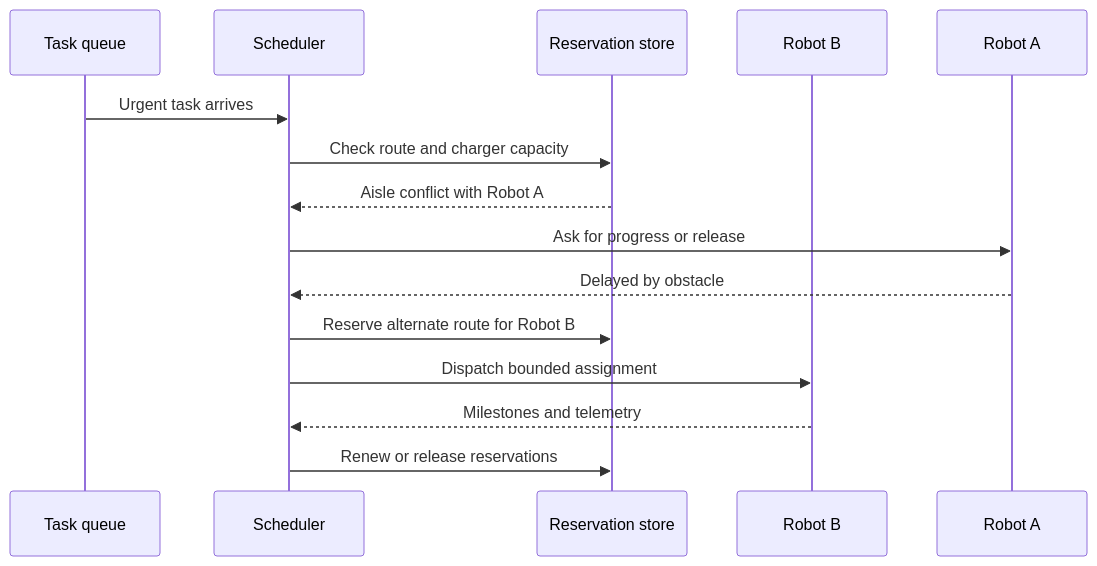
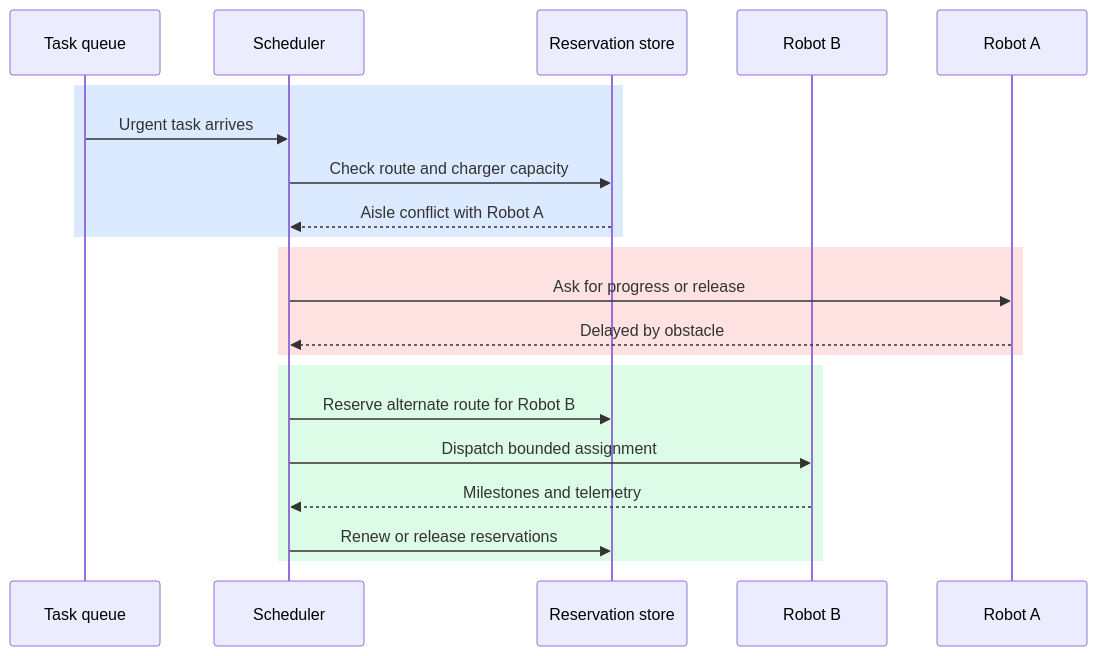
The second of 2 diagrams in months/2026-07/11-robot-fleet-scheduling.md (souradeepta/ai-monthly-concepts), drawn with Mermaid before and after one commit. The commit also changed other lines of this file and 21 other files, not shown here.

````diff
--- a/months/2026-07/11-robot-fleet-scheduling.md
+++ b/months/2026-07/11-robot-fleet-scheduling.md
@@ -81,17 +85,23 @@
 ```mermaid
 sequenceDiagram
   participant Q as Task queue
   participant S as Scheduler
   participant R as Reservation store
   participant B as Robot B
   participant A as Robot A
-  Q->>S: Urgent task arrives
-  S->>R: Check route and charger capacity
-  R-->>S: Aisle conflict with Robot A
-  S->>A: Ask for progress or release
-  A-->>S: Delayed by obstacle
-  S->>R: Reserve alternate route for Robot B
-  S->>B: Dispatch bounded assignment
-  B-->>S: Milestones and telemetry
-  S->>R: Renew or release reservations
+  rect rgb(219, 234, 254)
+    Q->>S: Urgent task arrives
+    S->>R: Check route and charger capacity
+    R-->>S: Aisle conflict with Robot A
+  end
+  rect rgb(254, 226, 226)
+    S->>A: Ask for progress or release
+    A-->>S: Delayed by obstacle
+  end
+  rect rgb(220, 252, 231)
+    S->>R: Reserve alternate route for Robot B
+    S->>B: Dispatch bounded assignment
+    B-->>S: Milestones and telemetry
+    S->>R: Renew or release reservations
+  end
 ```
````
